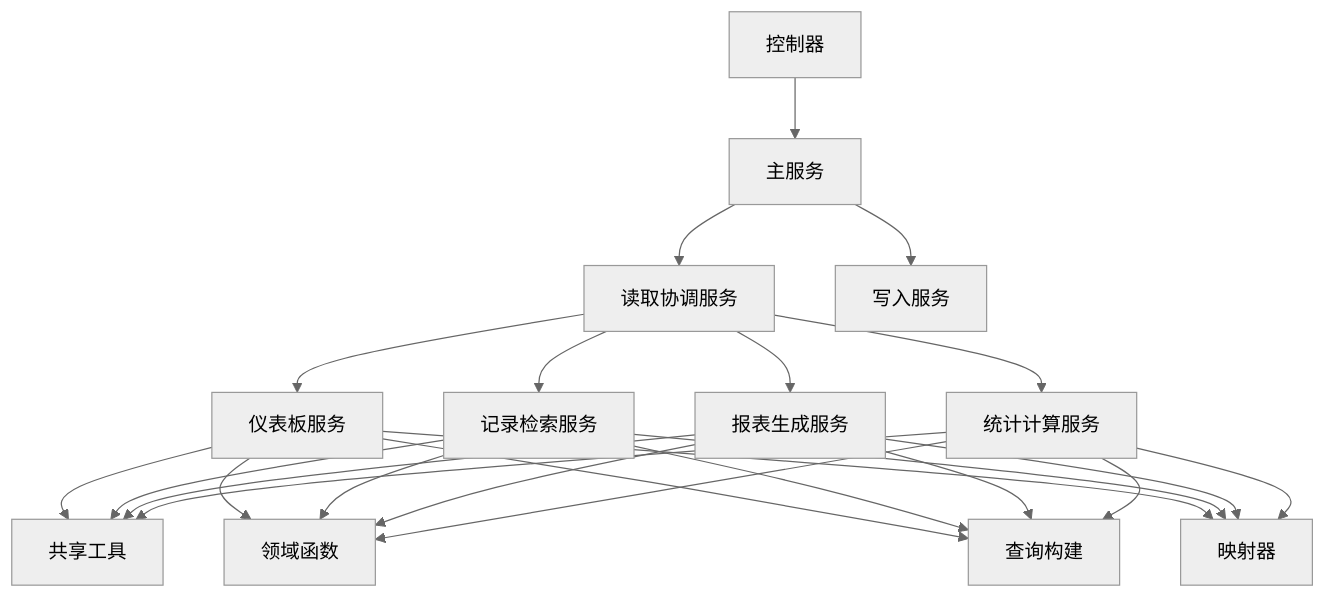
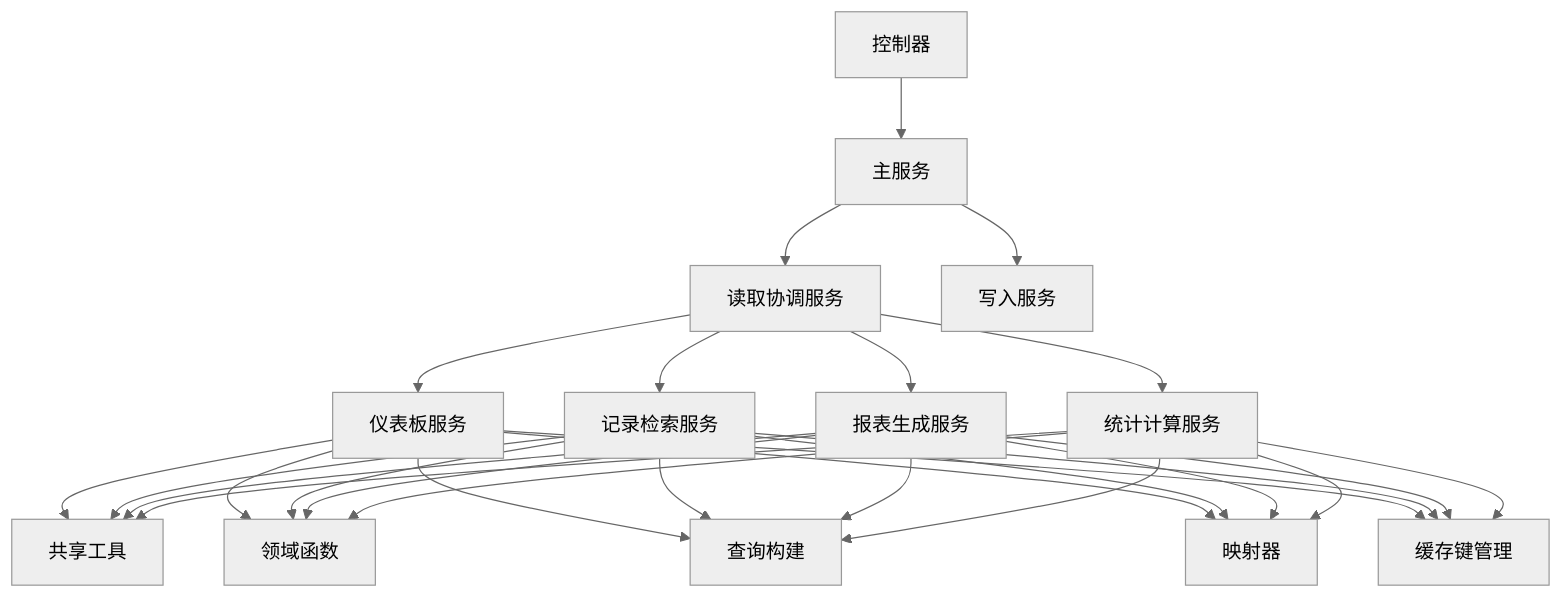
One commit to rc558620/purelyprofit-server changed the ninth of 9 diagrams in .qoder/repowiki/zh/content/业务模块/运营管理模块/成本管理.md. Above: the diagram before and after it, drawn with Mermaid (neutral theme). The commit also changed other lines of this file and 78 other files, not shown here.

````diff
--- a/.qoder/repowiki/zh/content/业务模块/运营管理模块/成本管理.md
+++ b/.qoder/repowiki/zh/content/业务模块/运营管理模块/成本管理.md
@@ -441,26 +523,30 @@
 ```mermaid
 graph TB
 Ctrl["控制器"] --> MainSvc["主服务"]
 MainSvc --> ReadCoord["读取协调服务"]
 MainSvc --> WriteSvc["写入服务"]
 ReadCoord --> DashSvc["仪表板服务"]
 ReadCoord --> RecordsSvc["记录检索服务"]
 ReadCoord --> ReportSvc["报表生成服务"]
 ReadCoord --> StatsSvc["统计计算服务"]
 DashSvc --> Shared["共享工具"]
 RecordsSvc --> Shared
 ReportSvc --> Shared
 StatsSvc --> Shared
 DashSvc --> Domain["领域函数"]
 RecordsSvc --> Domain
 ReportSvc --> Domain
 StatsSvc --> Domain
 DashSvc --> Query["查询构建"]
 RecordsSvc --> Query
 ReportSvc --> Query
 StatsSvc --> Query
 DashSvc --> Mapper["映射器"]
 RecordsSvc --> Mapper
 ReportSvc --> Mapper
 StatsSvc --> Mapper
+DashSvc --> CacheKeys["缓存键管理"]
+RecordsSvc --> CacheKeys
+ReportSvc --> CacheKeys
+StatsSvc --> CacheKeys
 ```
````
